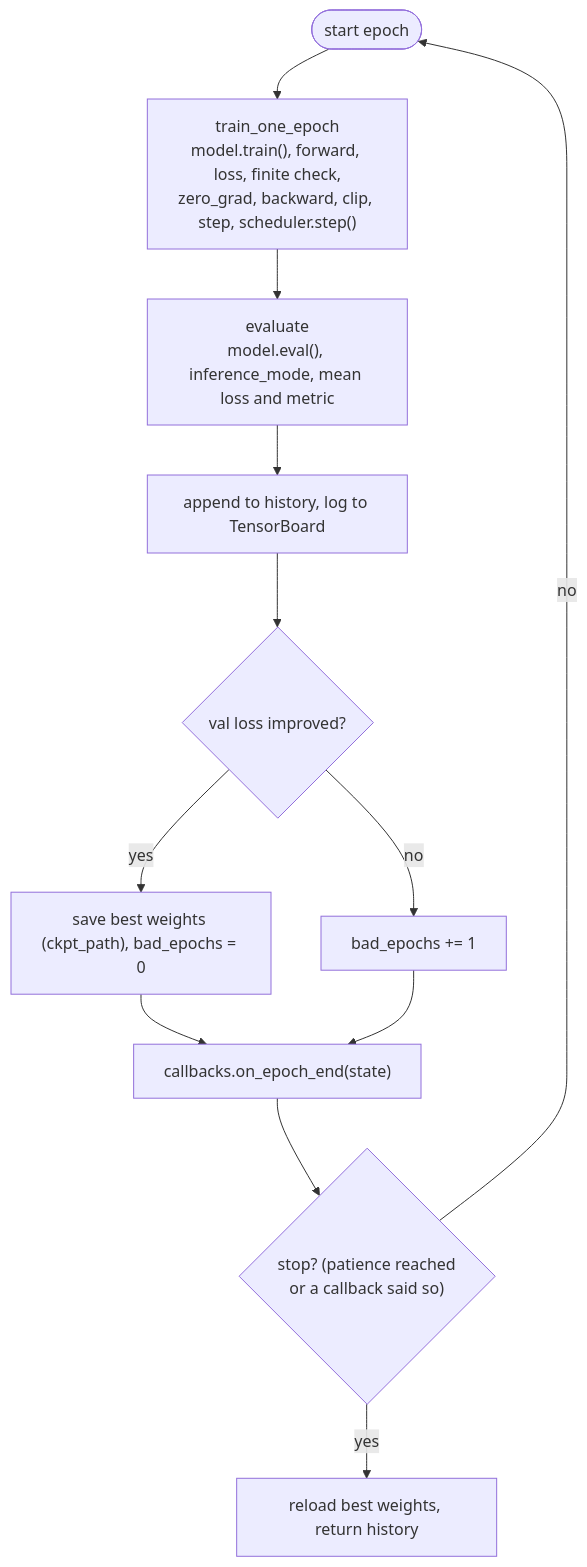
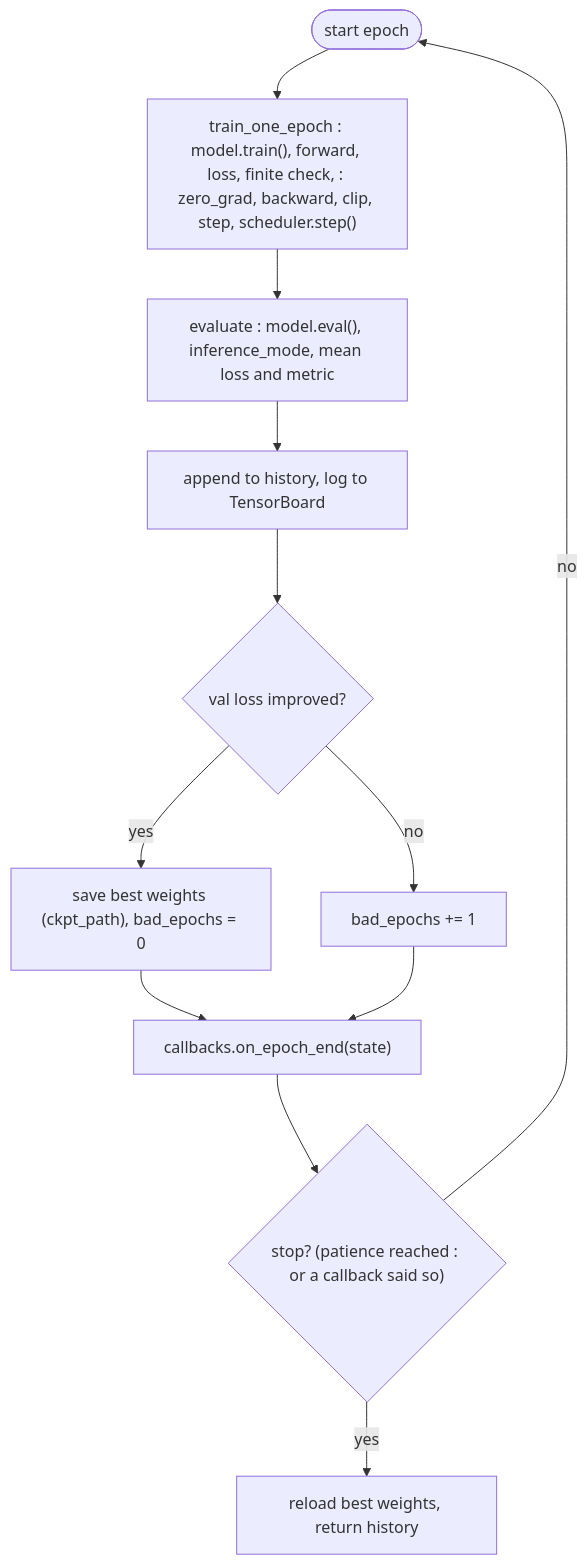
The second of 3 diagrams in notebooks/05_pytorch_workflow_and_best_practices.md (dthemann/deep-learning), drawn with Mermaid before and after one commit. The commit also changed other lines of this file and 13 other files, not shown here.

````diff
--- a/notebooks/05_pytorch_workflow_and_best_practices.md
+++ b/notebooks/05_pytorch_workflow_and_best_practices.md
@@ -40,14 +40,14 @@
 ```mermaid
 flowchart TD
-    S([start epoch]) --> T["train_one_epoch<br/>model.train(), forward, loss, finite check,<br/>zero_grad, backward, clip, step, scheduler.step()"]
-    T --> V["evaluate<br/>model.eval(), inference_mode, mean loss and metric"]
+    S([start epoch]) --> T["train_one_epoch : model.train(), forward, loss, finite check, : zero_grad, backward, clip, step, scheduler.step()"]
+    T --> V["evaluate : model.eval(), inference_mode, mean loss and metric"]
     V --> H["append to history, log to TensorBoard"]
     H --> Q{"val loss improved?"}
     Q -- yes --> K["save best weights (ckpt_path), bad_epochs = 0"]
     Q -- no --> P["bad_epochs += 1"]
     K --> CB["callbacks.on_epoch_end(state)"]
     P --> CB
-    CB --> E{"stop? (patience reached<br/>or a callback said so)"}
+    CB --> E{"stop? (patience reached : or a callback said so)"}
     E -- no --> S
     E -- yes --> R["reload best weights, return history"]
 ```
````
